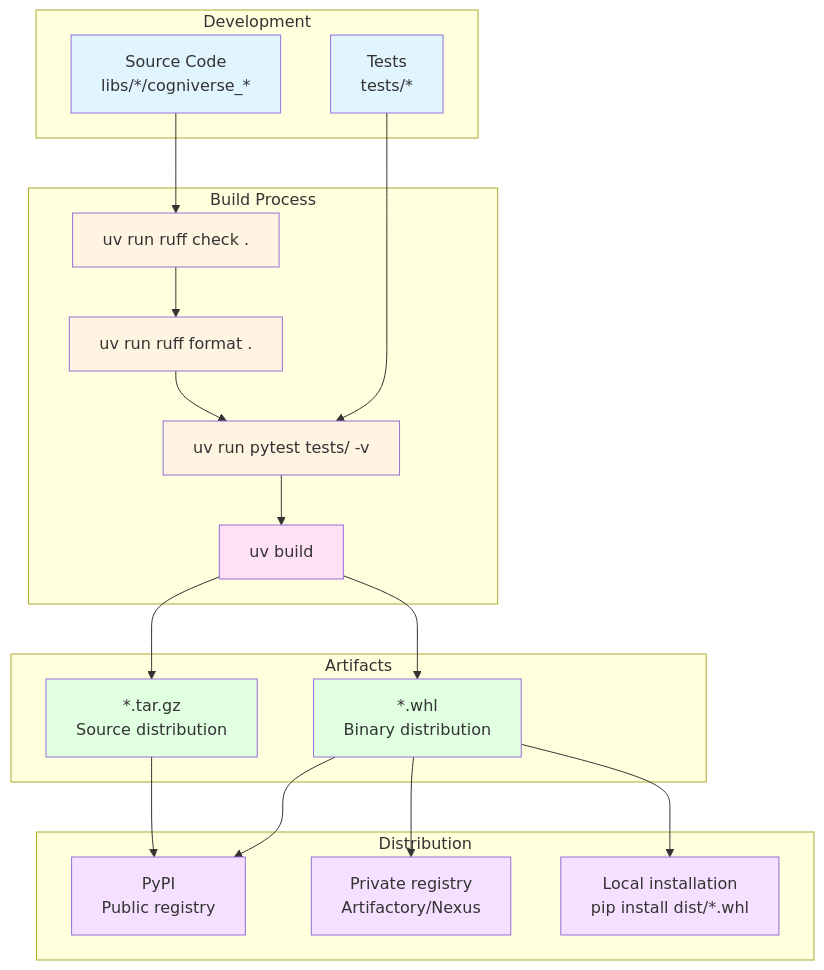
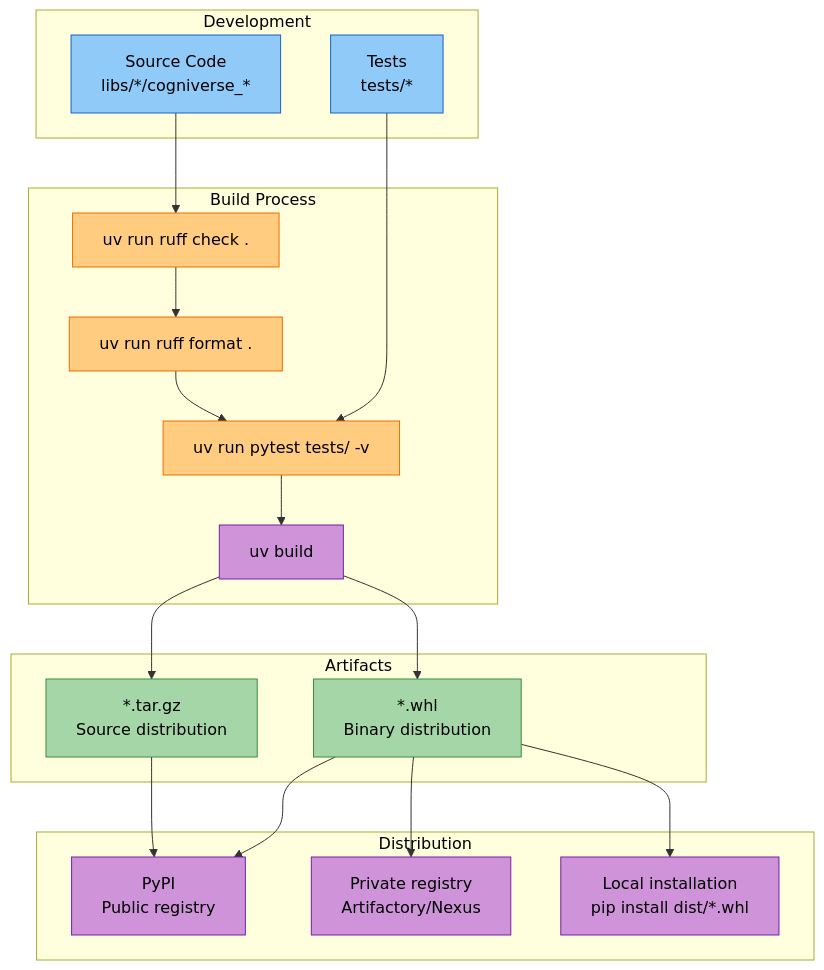
Before and after one commit to amit-jain/cogniverse: diagram 14 of 17 in docs/diagrams/sdk-architecture-diagrams.md, drawn with Mermaid. The commit also changed other lines of this file and 83 other files, not shown here.

First line of the commit message:
Fix documentation veracity, formatting, and diagrams across all modules

````diff
--- a/docs/diagrams/sdk-architecture-diagrams.md
+++ b/docs/diagrams/sdk-architecture-diagrams.md
@@ -708,51 +701,51 @@
 ```mermaid
-graph TB
-    subgraph "Development"
-        Source[Source Code<br/>libs/*/cogniverse_*]
-        Tests[Tests<br/>tests/*]
+flowchart TB
+    subgraph Development["<span style='color:#000'>Development</span>"]
+        Source["<span style='color:#000'>Source Code<br/>libs/*/cogniverse_*</span>"]
+        Tests["<span style='color:#000'>Tests<br/>tests/*</span>"]
     end
 
-    subgraph "Build Process"
-        Lint[uv run ruff check .]
-        Format[uv run ruff format .]
-        Test[uv run pytest tests/ -v]
-        Build[uv build]
+    subgraph BuildProcess["<span style='color:#000'>Build Process</span>"]
+        Lint["<span style='color:#000'>uv run ruff check .</span>"]
+        Format["<span style='color:#000'>uv run ruff format .</span>"]
+        Test["<span style='color:#000'>uv run pytest tests/ -v</span>"]
+        Build["<span style='color:#000'>uv build</span>"]
     end
 
-    subgraph "Artifacts"
-        Wheel[*.whl<br/>Binary distribution]
-        Tarball[*.tar.gz<br/>Source distribution]
+    subgraph Artifacts["<span style='color:#000'>Artifacts</span>"]
+        Wheel["<span style='color:#000'>*.whl<br/>Binary distribution</span>"]
+        Tarball["<span style='color:#000'>*.tar.gz<br/>Source distribution</span>"]
     end
 
-    subgraph "Distribution"
-        PyPI[PyPI<br/>Public registry]
-        Private[Private registry<br/>Artifactory/Nexus]
-        Local[Local installation<br/>pip install dist/*.whl]
+    subgraph Distribution["<span style='color:#000'>Distribution</span>"]
+        PyPI["<span style='color:#000'>PyPI<br/>Public registry</span>"]
+        Private["<span style='color:#000'>Private registry<br/>Artifactory/Nexus</span>"]
+        Local["<span style='color:#000'>Local installation<br/>pip install dist/*.whl</span>"]
     end
 
     Source --> Lint
     Tests --> Test
     Lint --> Format
     Format --> Test
     Test --> Build
 
     Build --> Wheel
     Build --> Tarball
 
     Wheel --> PyPI
     Wheel --> Private
     Wheel --> Local
     Tarball --> PyPI
 
-    style Source fill:#e1f5ff
-    style Tests fill:#e1f5ff
-    style Lint fill:#fff4e1
-    style Format fill:#fff4e1
-    style Test fill:#fff4e1
-    style Build fill:#ffe1f5
-    style Wheel fill:#e1ffe1
-    style Tarball fill:#e1ffe1
-    style PyPI fill:#f5e1ff
-    style Private fill:#f5e1ff
-    style Local fill:#f5e1ff
+    style Source fill:#90caf9,stroke:#1565c0,color:#000
+    style Tests fill:#90caf9,stroke:#1565c0,color:#000
+    style Lint fill:#ffcc80,stroke:#ef6c00,color:#000
+    style Format fill:#ffcc80,stroke:#ef6c00,color:#000
+    style Test fill:#ffcc80,stroke:#ef6c00,color:#000
+    style Build fill:#ce93d8,stroke:#7b1fa2,color:#000
+    style Wheel fill:#a5d6a7,stroke:#388e3c,color:#000
+    style Tarball fill:#a5d6a7,stroke:#388e3c,color:#000
+    style PyPI fill:#ce93d8,stroke:#7b1fa2,color:#000
+    style Private fill:#ce93d8,stroke:#7b1fa2,color:#000
+    style Local fill:#ce93d8,stroke:#7b1fa2,color:#000
 ```
````
